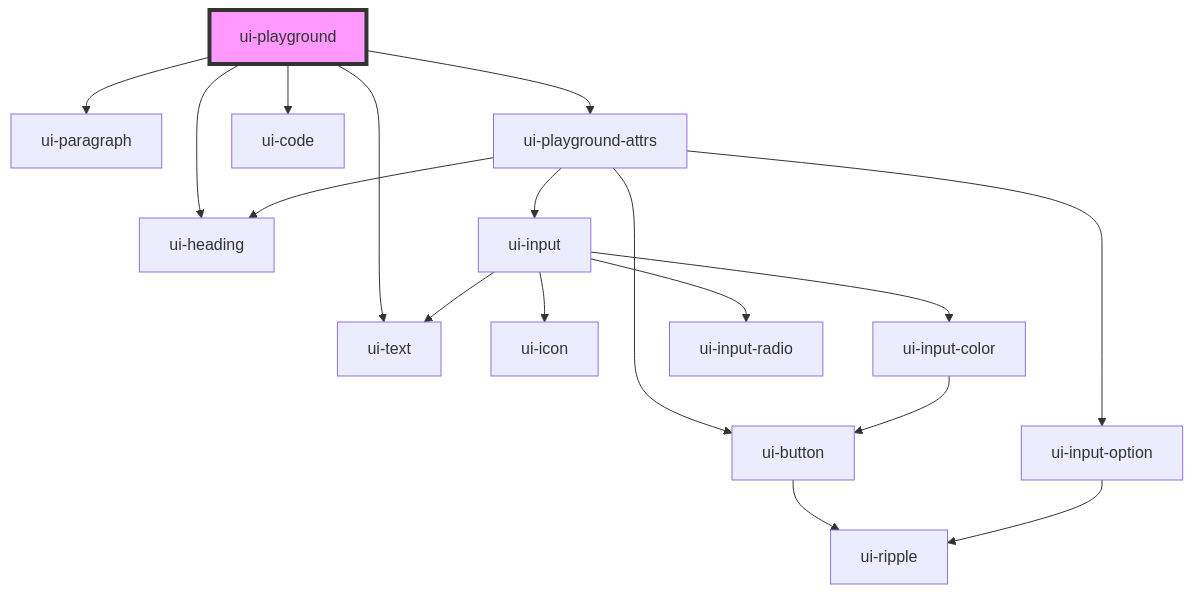
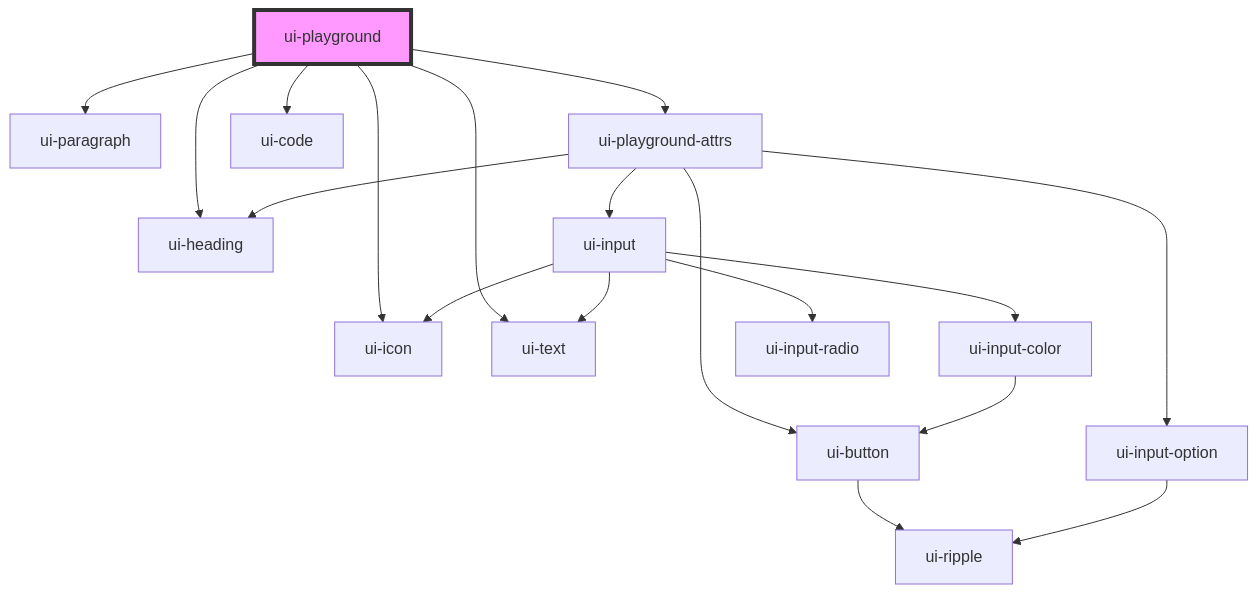
Before and after one commit to shahzad1970/psycho-ui: the diagram in src/components/ui-playground/readme.md, drawn with Mermaid. The commit also changed other lines of this file and 143 other files, not shown here.

````diff
--- a/src/components/ui-playground/readme.md
+++ b/src/components/ui-playground/readme.md
@@ -26,20 +27,21 @@
 ```mermaid
 graph TD;
   ui-playground --> ui-heading
   ui-playground --> ui-paragraph
   ui-playground --> ui-playground-attrs
   ui-playground --> ui-code
+  ui-playground --> ui-icon
   ui-playground --> ui-text
   ui-playground-attrs --> ui-input
   ui-playground-attrs --> ui-button
   ui-playground-attrs --> ui-input-option
   ui-playground-attrs --> ui-heading
   ui-input --> ui-icon
   ui-input --> ui-text
   ui-input --> ui-input-color
   ui-input --> ui-input-radio
   ui-input-color --> ui-button
   ui-button --> ui-ripple
   ui-input-option --> ui-ripple
   style ui-playground fill:#f9f,stroke:#333,stroke-width:4px
 ```
````
